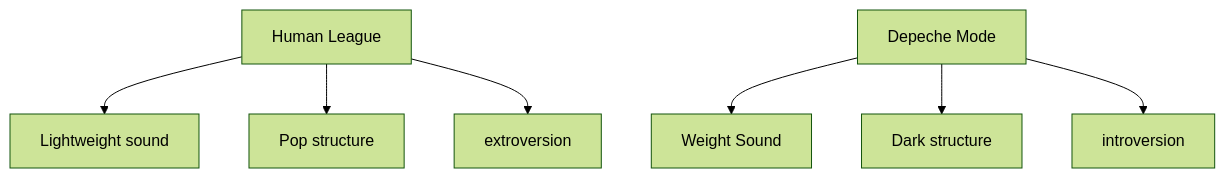
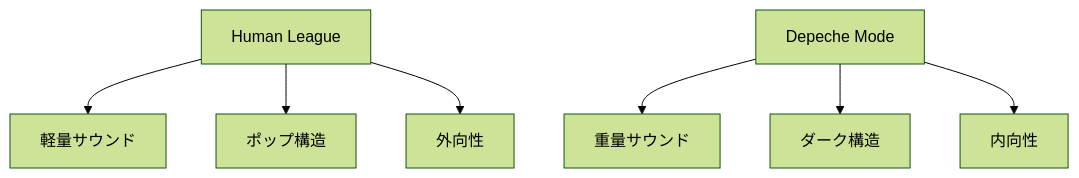
The third of 5 diagrams in en/_posts/2026-07-05-column-depache-mode-human-league.md (monumental-movement/monumental-movement.github.io), drawn with Mermaid (forest theme) before and after one commit. The commit also changed other lines of this file and 2196 other files, not shown here.

```diff
--- a/en/_posts/2026-07-05-column-depache-mode-human-league.md
+++ b/en/_posts/2026-07-05-column-depache-mode-human-league.md
@@ -114,11 +113,11 @@
 <div class="mermaid">
 graph TD
-A["Human League"] --> A1["Lightweight sound"]
-A --> A2["Pop structure"]
-A --> A3["extroversion"]
+A["Human League"] --> A1["軽量サウンド"]
+A --> A2["ポップ構造"]
+A --> A3["外向性"]
 
-B["Depeche Mode"] --> B1["Weight Sound"]
-B --> B2["Dark structure"]
-B --> B3["introversion"]
+B["Depeche Mode"] --> B1["重量サウンド"]
+B --> B2["ダーク構造"]
+B --> B3["内向性"]
 
 </div>
```
